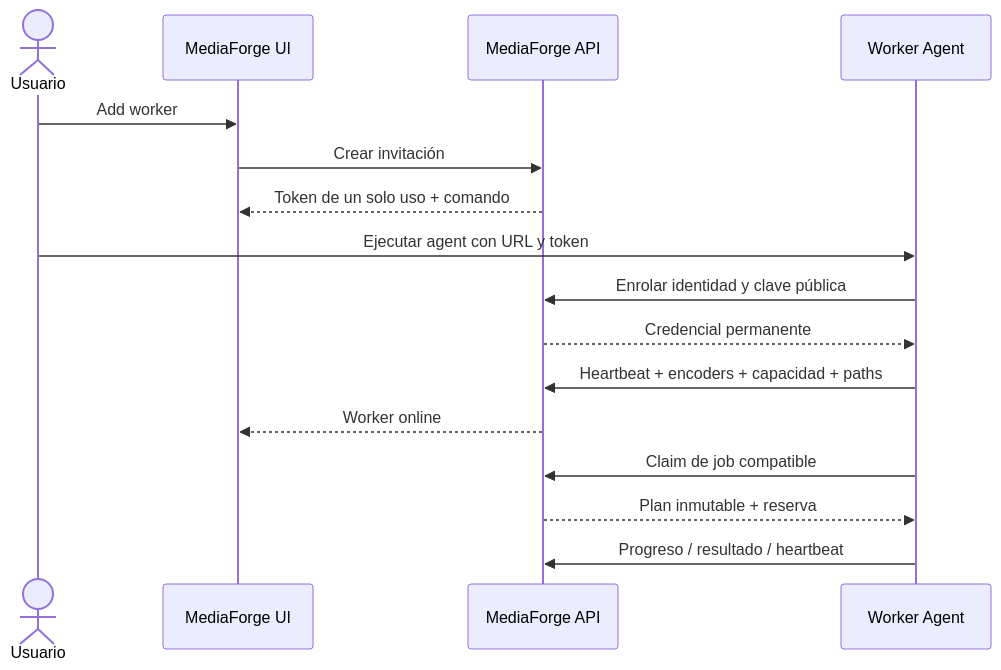
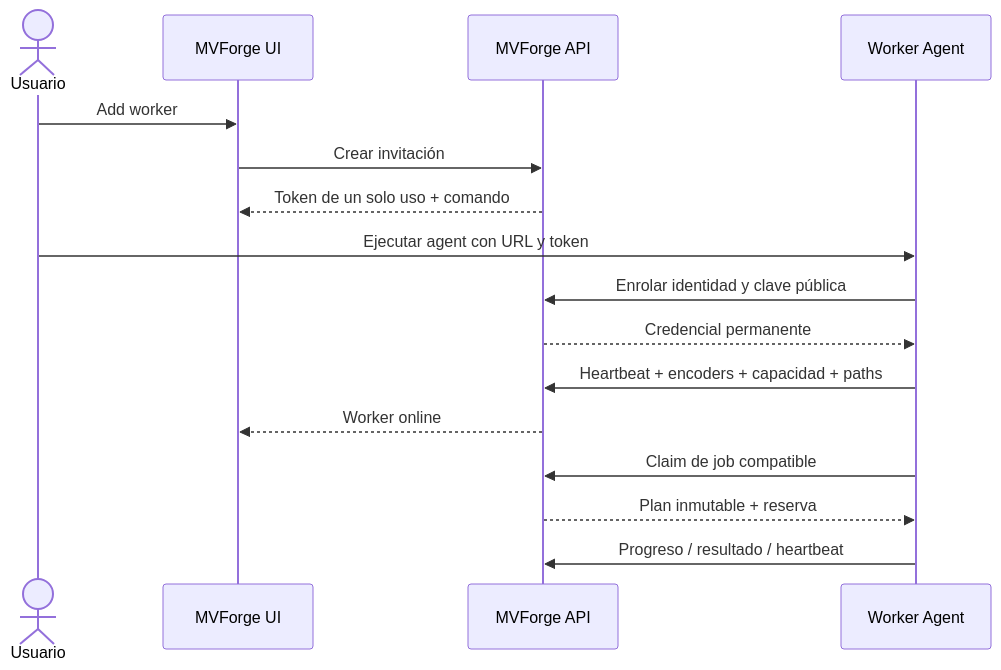
One commit to xxmenioxx/mediaforge changed the fifth of 5 diagrams in docs/scheduler-v1-guide.md. Above: the diagram before and after it, drawn with Mermaid. The commit also changed other lines of this file and 115 other files, not shown here.

Commit message:
feat: rename MediaForge to MVForge

````diff
--- a/docs/scheduler-v1-guide.md
+++ b/docs/scheduler-v1-guide.md
@@ -536,19 +536,19 @@
 ```mermaid
 sequenceDiagram
     actor U as Usuario
-    participant UI as MediaForge UI
-    participant API as MediaForge API
+    participant UI as MVForge UI
+    participant API as MVForge API
     participant A as Worker Agent
 
     U->>UI: Add worker
     UI->>API: Crear invitación
     API-->>UI: Token de un solo uso + comando
     U->>A: Ejecutar agent con URL y token
     A->>API: Enrolar identidad y clave pública
     API-->>A: Credencial permanente
     A->>API: Heartbeat + encoders + capacidad + paths
     API-->>UI: Worker online
     A->>API: Claim de job compatible
     API-->>A: Plan inmutable + reserva
     A->>API: Progreso / resultado / heartbeat
 ```
````
